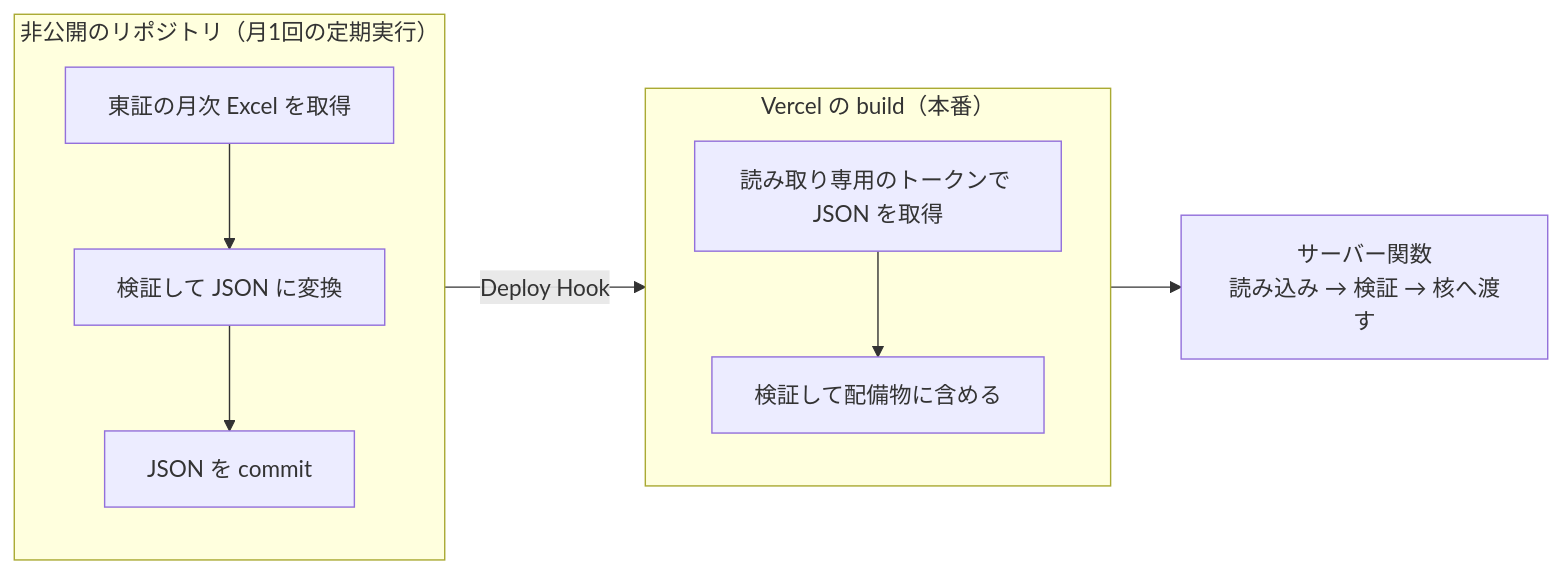
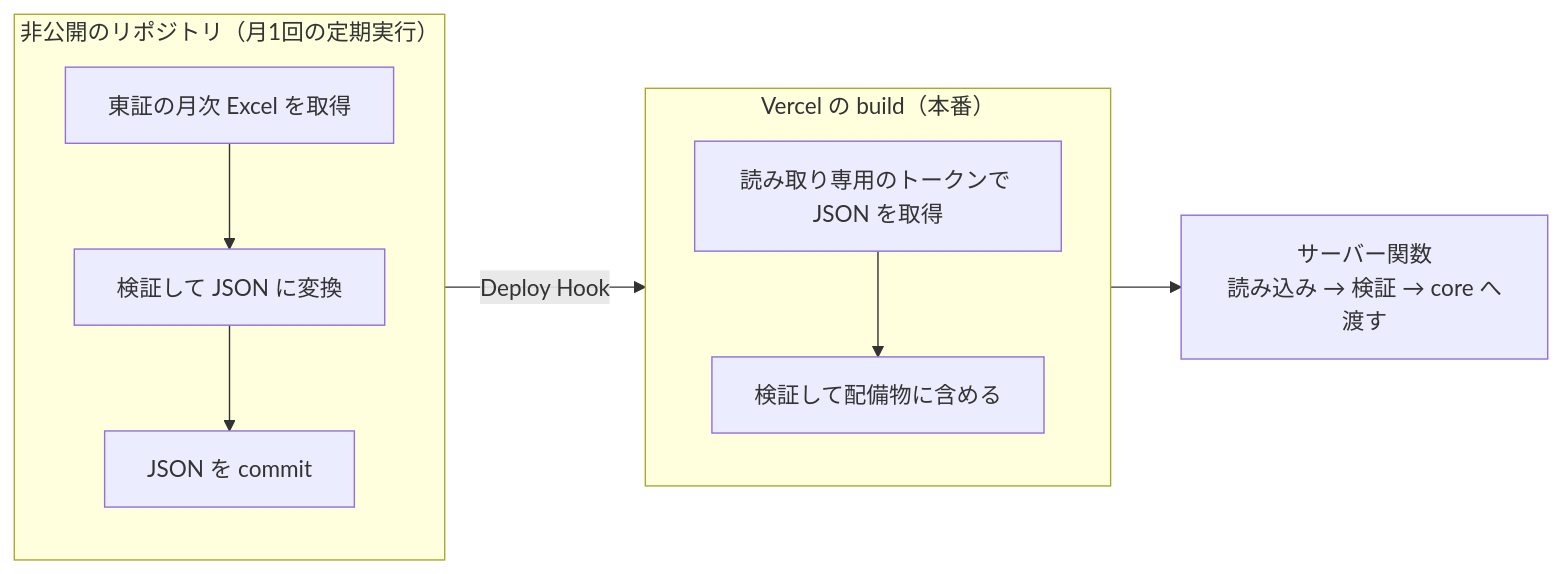
One commit to gunji-m/sakuforge changed the second of 3 diagrams in docs/design.md. Above: the diagram before and after it, drawn with Mermaid. The commit also changed other lines of this file and 6 other files, not shown here.

````diff
--- a/docs/design.md
+++ b/docs/design.md
@@ -77,19 +77,19 @@
 ```mermaid
 flowchart LR
   subgraph priv["非公開のリポジトリ（月1回の定期実行）"]
     direction TB
     fetch["東証の月次 Excel を取得"]
     gen["検証して JSON に変換"]
     put["JSON を commit"]
     fetch --> gen --> put
   end
   subgraph build["Vercel の build（本番）"]
     direction TB
     get["読み取り専用のトークンで JSON を取得"]
     check["検証して配備物に含める"]
     get --> check
   end
-  fn["サーバー関数<br/>読み込み → 検証 → 核へ渡す"]
+  fn["サーバー関数<br/>読み込み → 検証 → core へ渡す"]
   put -- Deploy Hook --> get
   check --> fn
 ```
````
